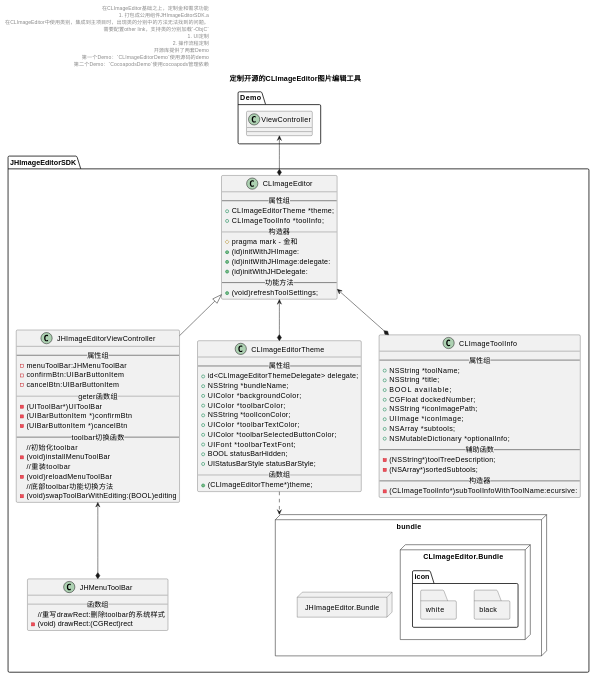
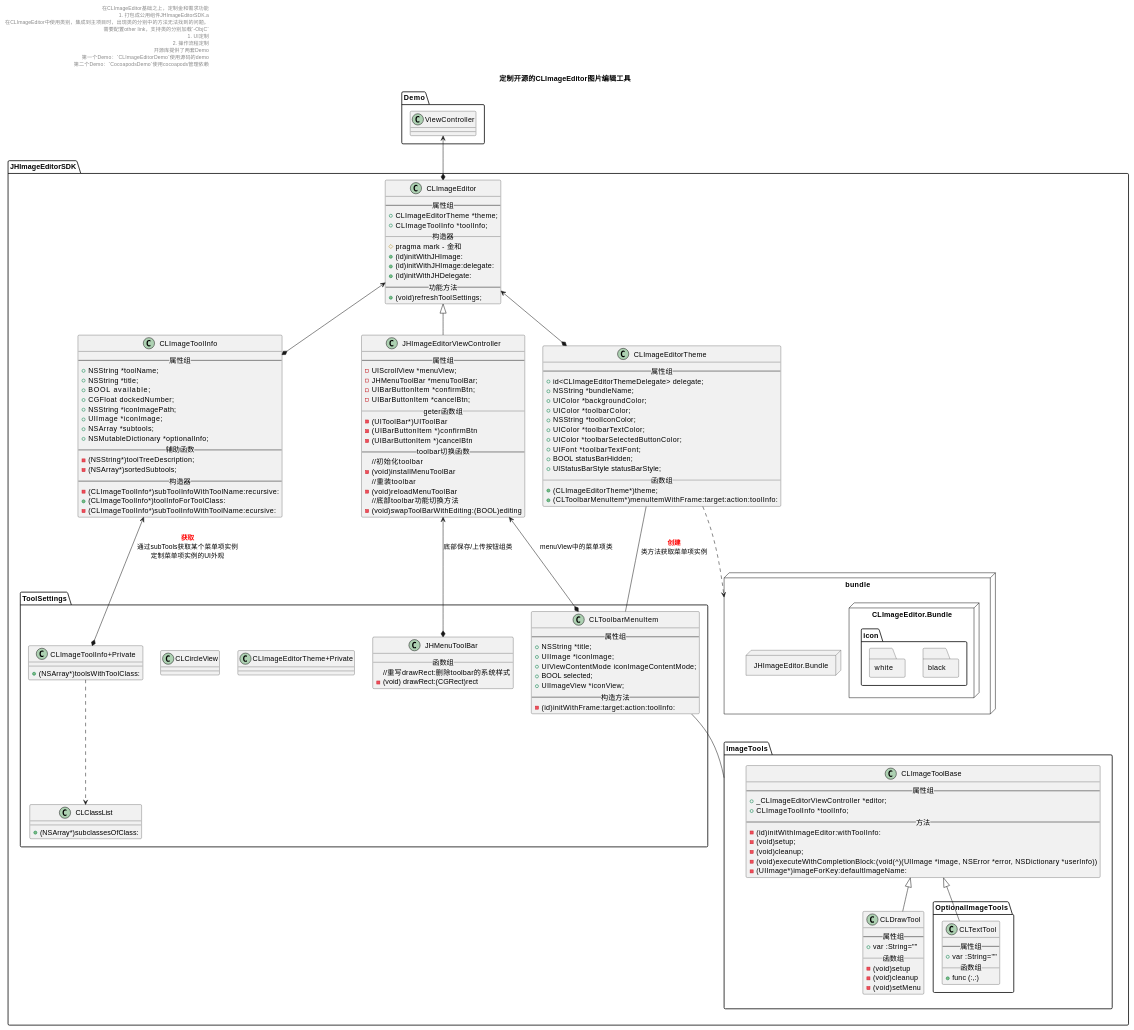
Before and after one commit to huos3203/blog: the diagram in source/_drafts/定制开源的CLImageEditor图片编辑工具.md, drawn with PlantUML.

Commit message:
图片编辑工具类图梳理

````diff
--- a/source/_drafts/定制开源的CLImageEditor图片编辑工具.md
+++ b/source/_drafts/定制开源的CLImageEditor图片编辑工具.md
@@ -54,6 +54,7 @@
     + UIStatusBarStyle statusBarStyle;
     __ 函数组__
     + (CLImageEditorTheme*)theme;
+    + (CLToolbarMenuItem*)menuItemWithFrame:target:action:toolInfo:
 }
 class "CLImageToolInfo" as tool {
     --属性组 --
@@ -69,13 +70,16 @@
     - (NSString*)toolTreeDescription;
     - (NSArray*)sortedSubtools;
     --构造器--
+    - (CLImageToolInfo*)subToolInfoWithToolName:recursive:
+    + (CLImageToolInfo*)toolInfoForToolClass:
     - (CLImageToolInfo*)subToolInfoWithToolName:ecursive:
 }
 class "JHImageEditorViewController" as jheditorvc {
     --属性组 --
-    - menuToolBar:JHMenuToolBar
-    - confirmBtn:UIBarButtonItem
-    - cancelBtn:UIBarButtonItem
+    - UIScrollView *menuView;
+    - JHMenuToolBar *menuToolBar;
+    - UIBarButtonItem *confirmBtn;
+    - UIBarButtonItem *cancelBtn;
     __ geter函数组__
     - (UIToolBar*)UIToolBar
     - (UIBarButtonItem *)confirmBtn
@@ -88,12 +92,70 @@
     //底部toolbar功能切换方法
     - (void)swapToolBarWithEditing:(BOOL)editing
 }
+
+folder "ImageTools" as imgtools {
+
+    class "CLImageToolBase" as basetool {
+        --属性组 --
+        + _CLImageEditorViewController *editor;
+        + CLImageToolInfo *toolInfo;
+        --方法--
+        - (id)initWithImageEditor:withToolInfo:
+        - (void)setup;
+        - (void)cleanup;
+        - (void)executeWithCompletionBlock:(void(^)(UIImage *image, NSError *error, NSDictionary *userInfo))
+        - (UIImage*)imageForKey:defaultImageName:
+}
+    class "CLDrawTool" as drawtool {
+        --属性组 --
+        + var :String=""	
+        __ 函数组__
+        - (void)setup
+        - (void)cleanup
+        - (void)setMenu
+    }
+   folder "OptionalImageTools"{
+    class "CLTextTool" as texttool {
+        --属性组 --
+        + var :String=""	
+        __ 函数组__
+        + func (:,:)
+    }
+} 
+}
+
+
+
+basetool <|-- drawtool
+basetool <|-- texttool
+
+
+folder "ToolSettings" {
+class "CLToolbarMenuItem" as CLmenuItem {
+    --属性组 --
+    + NSString *title;
+    + UIImage *iconImage;
+    + UIViewContentMode iconImageContentMode;
+    + BOOL selected;
+    + UIImageView *iconView;
+    --构造方法--
+    - (id)initWithFrame:target:action:toolInfo:
+}
+class "CLImageToolInfo+Private" as infopr {
+    + (NSArray*)toolsWithToolClass:
+}
+class "CLClassList" as clslist{
+    + (NSArray*)subclassesOfClass:
+}
+class CLImageEditorTheme+Private
+class CLCircleView
+
 class "JHMenuToolBar" as JHBar {
     __ 函数组__
     //重写drawRect:删除toolbar的系统样式
     - (void) drawRect:(CGRect)rect
 }
-
+}
 Node "bundle"{
 
 Node "CLImageEditor.Bundle" as b{
@@ -114,8 +176,15 @@
 }
 editor *-up-> DemoVC
 editor <|-- jheditorvc
-JHBar *-up-> jheditorvc
+JHBar *-up-> jheditorvc:底部保存/上传按钮组类
+CLmenuItem *-up-> jheditorvc: menuView中的菜单项类
 theme *-up-> editor
 tool *-up-> editor
+theme -- CLmenuItem: <font color=red>**创建**</font>\n类方法获取菜单项实例
+infopr *-up-> tool:<font color=red>**获取**</font>\n通过subTools获取某个菜单项实例\n定制菜单项实例的UI外观
+infopr ..> clslist
 theme ..> bundle 
+
+CLmenuItem -down- imgtools
+
 ```
````
